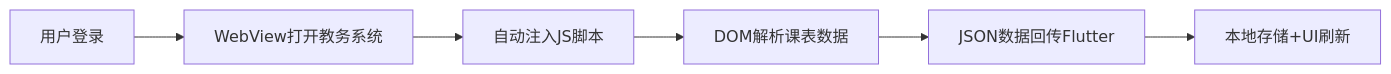
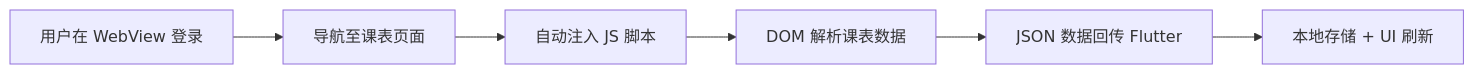
One commit to ZincGluxx/JLU_COURSE_APP changed the diagram in README.md. Above: the diagram before and after it, drawn with Mermaid. The commit also changed other lines of this file and 1 other file, not shown here.

````diff
--- a/README.md
+++ b/README.md
@@ -106,8 +129,8 @@
 ```mermaid
 graph LR
-    A[用户登录] --> B[WebView打开教务系统]
-    B --> C[自动注入JS脚本]
-    C --> D[DOM解析课表数据]
-    D --> E[JSON数据回传Flutter]
-    E --> F[本地存储+UI刷新]
+    A[用户在 WebView 登录] --> B[导航至课表页面]
+    B --> C[自动注入 JS 脚本]
+    C --> D[DOM 解析课表数据]
+    D --> E[JSON 数据回传 Flutter]
+    E --> F[本地存储 + UI 刷新]
 ```
````
